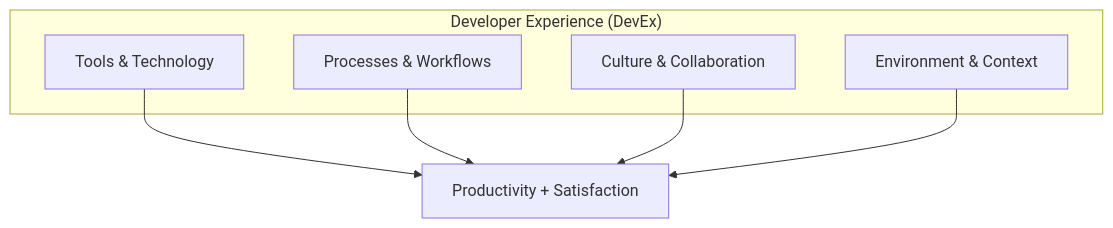
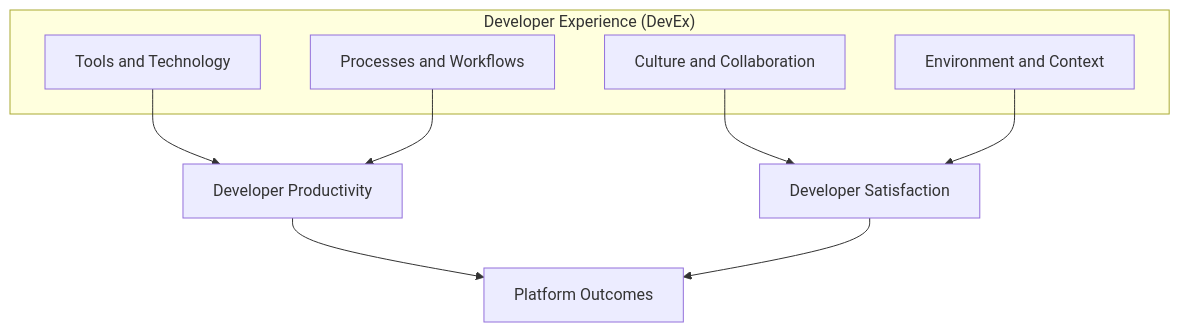
The first of 3 diagrams in src/content/docs/platform/disciplines/core-platform/platform-engineering/module-2.2-developer-experience.md (krisztiankoos/kubedojo), drawn with Mermaid before and after one commit. The commit also changed other lines of this file, not shown here.

First line of the commit message:
quality(rewrite): codex rewrite platform-disciplines-core-platform-platform-engineering-module-2.2-developer-experience (attempt 27e5625e2ce8)

````diff
--- a/src/content/docs/platform/disciplines/core-platform/platform-engineering/module-2.2-developer-experience.md
+++ b/src/content/docs/platform/disciplines/core-platform/platform-engineering/module-2.2-developer-experience.md
@@ -52,10 +46,15 @@
 ```mermaid
 graph TD
     subgraph "Developer Experience (DevEx)"
-        A[Tools & Technology]
-        B[Processes & Workflows]
-        C[Culture & Collaboration]
-        D[Environment & Context]
+        A[Tools and Technology]
+        B[Processes and Workflows]
+        C[Culture and Collaboration]
+        D[Environment and Context]
     end
-    A & B & C & D --> E[Productivity + Satisfaction]
+    A --> E[Developer Productivity]
+    B --> E
+    C --> F[Developer Satisfaction]
+    D --> F
+    E --> G[Platform Outcomes]
+    F --> G
 ```
````
